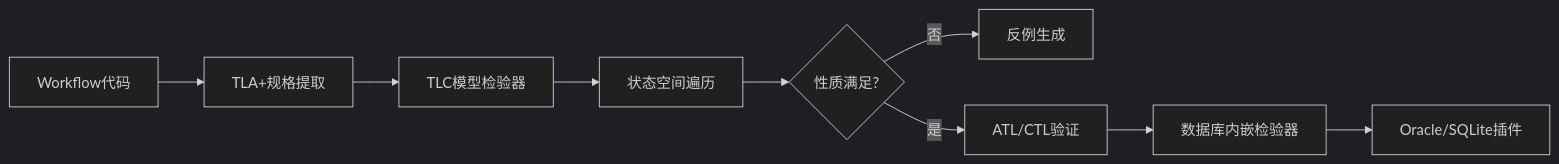
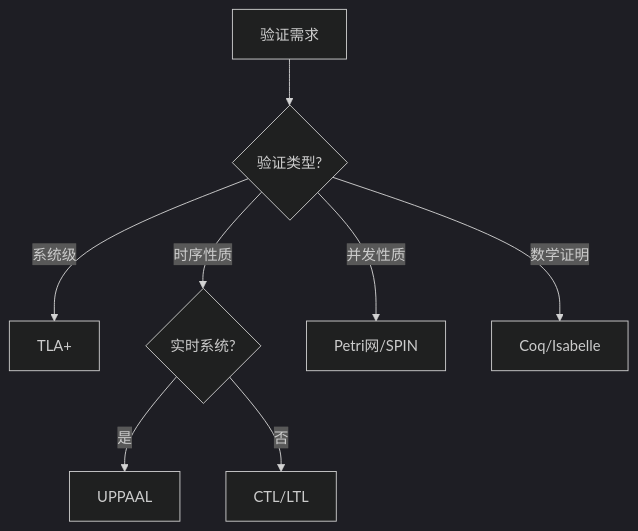
Before and after one commit to AdaMartin18010/DistributedComputing-WorkFlow: the second of 2 diagrams in docs/02-technology-comparison/技术堆栈对比分析.md, drawn with Mermaid (dark theme). The commit also changed other lines of this file and 33 other files, not shown here.

````diff
--- a/docs/02-technology-comparison/技术堆栈对比分析.md
+++ b/docs/02-technology-comparison/技术堆栈对比分析.md
@@ -159,11 +744,10 @@
 ```mermaid
-graph LR
-    A[Workflow代码] --> B[TLA+规格提取]
-    B --> C[TLC模型检验器]
-    C --> D[状态空间遍历]
-    D --> E{性质满足?}
-    E -->|否| F[反例生成]
-    E -->|是| G[ATL/CTL验证]
-    G --> H[数据库内嵌检验器]
-    H --> I[Oracle/SQLite插件]
+graph TD
+    Start[验证需求] --> A{验证类型?}
+    A -->|系统级| B[TLA+]
+    A -->|时序性质| C{实时系统?}
+    A -->|并发性质| D[Petri网/SPIN]
+    A -->|数学证明| E[Coq/Isabelle]
+    C -->|是| F[UPPAAL]
+    C -->|否| G[CTL/LTL]
 ```
````
